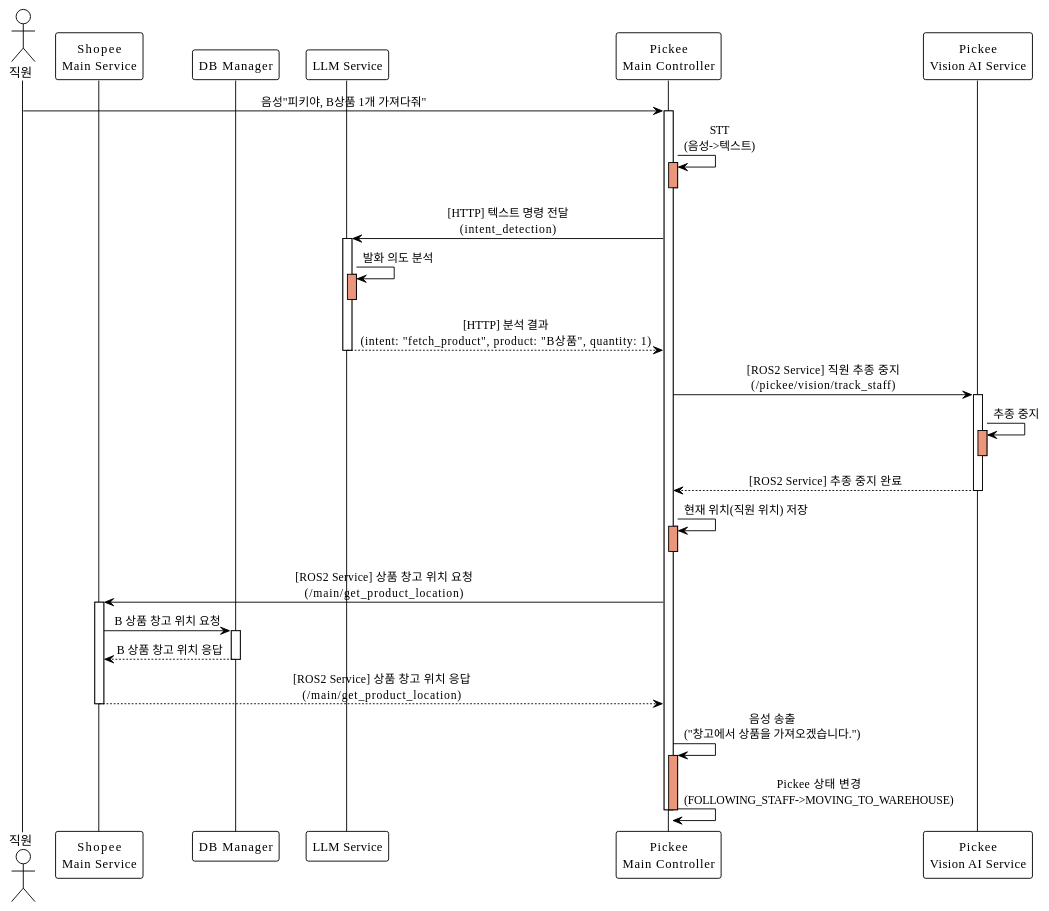
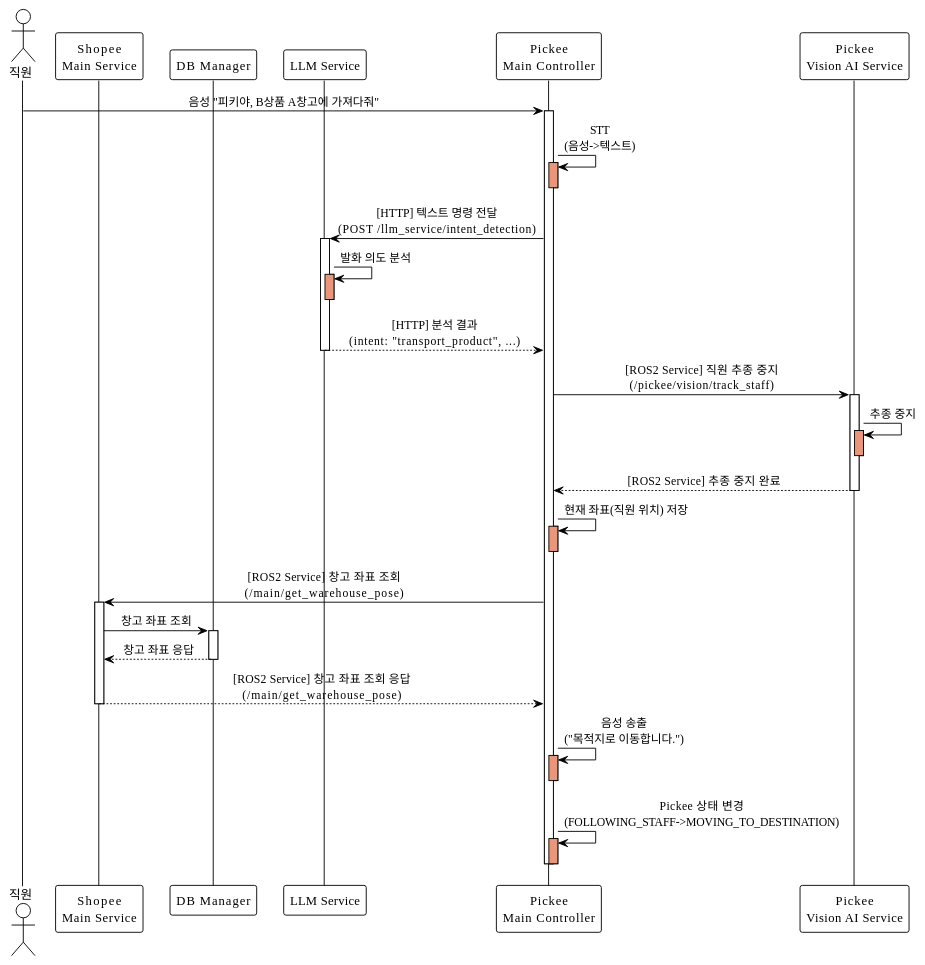
Before and after one commit to addinedu-roscamp-7th/roscamp-repo-1: the diagram in docs/SequenceDiagram/SC_06_3.md, drawn with PlantUML. The commit also changed 40 other files, not shown here.

```diff
--- a/docs/SequenceDiagram/SC_06_3.md
+++ b/docs/SequenceDiagram/SC_06_3.md
@@ -1,64 +1,67 @@
 @startuml SC_06_3
 !theme plain
 skinparam backgroundColor #FFFFFF
 skinparam sequenceMessageAlign center
 
 actor "직원" as user
 participant "Shopee\nMain Service" as main
 participant "DB Manager" as db
 participant "LLM Service" as llm
 participant "Pickee\nMain Controller" as pickee_main
 participant "Pickee\nVision AI Service" as vision
 
-user -> pickee_main: 음성"피키야, B상품 1개 가져다줘"
+user -> pickee_main: 음성 "피키야, B상품 A창고에 가져다줘"
 activate pickee_main
 
 pickee_main -> pickee_main: STT\n(음성->텍스트)
 activate pickee_main #DarkSalmon
 deactivate pickee_main
 
-pickee_main -> llm: [HTTP] 텍스트 명령 전달\n(intent_detection)
+pickee_main -> llm: [HTTP] 텍스트 명령 전달\n(POST /llm_service/intent_detection)
 activate llm
 
 llm -> llm: 발화 의도 분석
 activate llm #DarkSalmon
 deactivate llm
 
-llm --> pickee_main: [HTTP] 분석 결과\n(intent: "fetch_product", product: "B상품", quantity: 1)
+llm --> pickee_main: [HTTP] 분석 결과\n(intent: "transport_product", ...)
 deactivate llm
 
 pickee_main -> vision: [ROS2 Service] 직원 추종 중지\n(/pickee/vision/track_staff)
 activate vision
 
 vision -> vision: 추종 중지
 activate vision #DarkSalmon
 deactivate vision
 
 vision --> pickee_main: [ROS2 Service] 추종 중지 완료
 deactivate vision
 
-pickee_main -> pickee_main: 현재 위치(직원 위치) 저장
+pickee_main -> pickee_main: 현재 좌표(직원 위치) 저장
 activate pickee_main #DarkSalmon
 deactivate pickee_main
 
-pickee_main -> main: [ROS2 Service] 상품 창고 위치 요청\n(/main/get_product_location)
+' This section is updated based on the new XML
+pickee_main -> main: [ROS2 Service] 창고 좌표 조회\n(/main/get_warehouse_pose)
 activate main
 
-main -> db: B 상품 창고 위치 요청
+main -> db: 창고 좌표 조회
 activate db
 
-db --> main: B 상품 창고 위치 응답
+db --> main: 창고 좌표 응답
 deactivate db
 
-main --> pickee_main: [ROS2 Service] 상품 창고 위치 응답\n(/main/get_product_location)
+main --> pickee_main: [ROS2 Service] 창고 좌표 조회 응답\n(/main/get_warehouse_pose)
 deactivate main
 
-pickee_main -> pickee_main: 음성 송출\n("창고에서 상품을 가져오겠습니다.")
+pickee_main -> pickee_main: 음성 송출\n("목적지로 이동합니다.")
 activate pickee_main #DarkSalmon
+deactivate pickee_main
 
-pickee_main -> pickee_main: Pickee 상태 변경\n(FOLLOWING_STAFF->MOVING_TO_WAREHOUSE)
+pickee_main -> pickee_main: Pickee 상태 변경\n(FOLLOWING_STAFF->MOVING_TO_DESTINATION)
+activate pickee_main #DarkSalmon
+deactivate pickee_main
 
-deactivate pickee_main
 deactivate pickee_main
 
 @enduml
```
